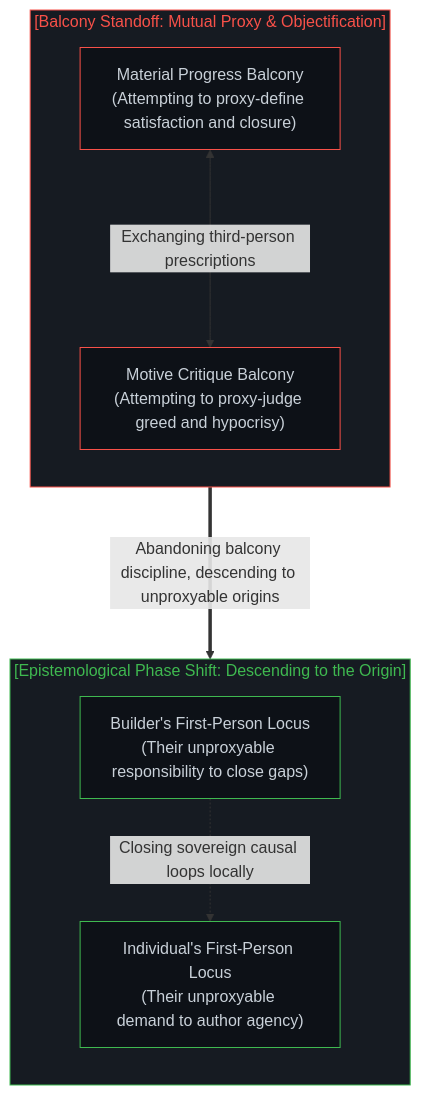
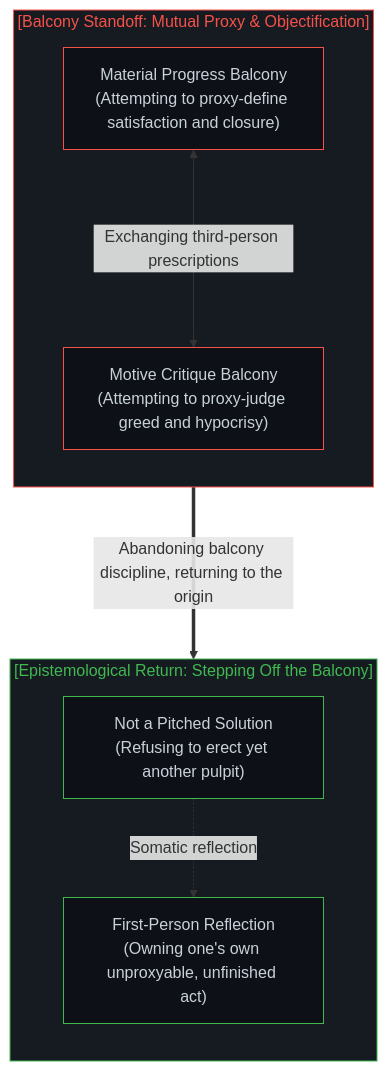
One commit to powerpig99/not-a-toe changed the eighth of 8 diagrams in content/posts/the-balcony-disciplinary-overstep-and-the-unproxyable-act.md. Above: the diagram before and after it, drawn with Mermaid. The commit also changed other lines of this file and 3 other files, not shown here.

Commit message:
refactor(post-342): purge mixed English from Chinese prose and frame first-person return as authentic reflection rather than pitched solution

````diff
--- a/content/posts/the-balcony-disciplinary-overstep-and-the-unproxyable-act.md
+++ b/content/posts/the-balcony-disciplinary-overstep-and-the-unproxyable-act.md
@@ -366,25 +378,25 @@
 ```mermaid
 graph TD
     subgraph Balconies_EN["[Balcony Standoff: Mutual Proxy & Objectification]"]
         direction TB
         B1_EN_Node["Material Progress Balcony<br/>(Attempting to proxy-define satisfaction and closure)"]
         B2_EN_Node["Motive Critique Balcony<br/>(Attempting to proxy-judge greed and hypocrisy)"]
         B1_EN_Node <--->|"Exchanging third-person prescriptions"| B2_EN_Node
     end
 
-    subgraph Descent_EN["[Epistemological Phase Shift: Descending to the Origin]"]
+    subgraph Descent_EN["[Epistemological Return: Stepping Off the Balcony]"]
         direction TB
-        Origin1_EN["Builder's First-Person Locus<br/>(Their unproxyable responsibility to close gaps)"]
-        Origin2_EN["Individual's First-Person Locus<br/>(Their unproxyable demand to author agency)"]
-        Origin1_EN -.->|"Closing sovereign causal loops locally"| Origin2_EN
+        Origin1_EN["Not a Pitched Solution<br/>(Refusing to erect yet another pulpit)"]
+        Origin2_EN["First-Person Reflection<br/>(Owning one's own unproxyable, unfinished act)"]
+        Origin1_EN -.->|"Somatic reflection"| Origin2_EN
     end
 
-    Balconies_EN ===>|"Abandoning balcony discipline, descending to unproxyable origins"| Descent_EN
+    Balconies_EN ===>|"Abandoning balcony discipline, returning to the origin"| Descent_EN
 
     style Balconies_EN fill:#161b22,stroke:#f85149,stroke-width:1px,color:#f85149
     style Descent_EN fill:#161b22,stroke:#3fb950,stroke-width:1px,color:#3fb950
     style B1_EN_Node fill:#0d1117,stroke:#f85149,stroke-width:1px,color:#c9d1d9
     style B2_EN_Node fill:#0d1117,stroke:#f85149,stroke-width:1px,color:#c9d1d9
     style Origin1_EN fill:#0d1117,stroke:#3fb950,stroke-width:1px,color:#c9d1d9
     style Origin2_EN fill:#0d1117,stroke:#3fb950,stroke-width:1px,color:#c9d1d9
 ```
````
